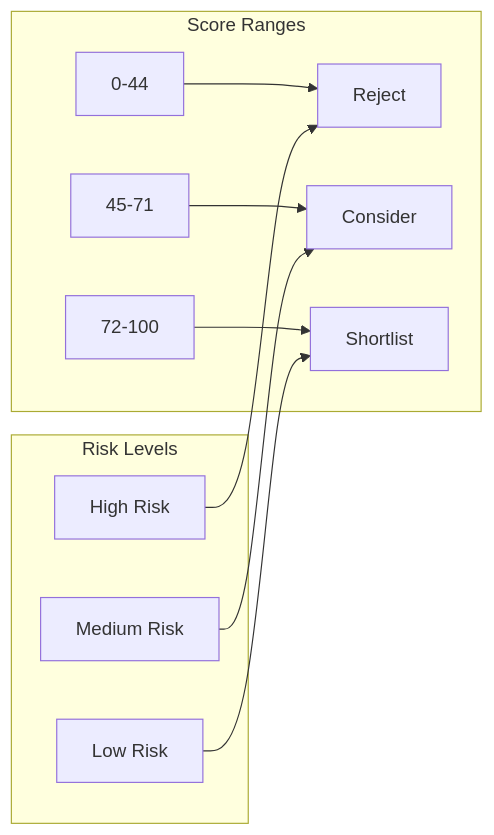
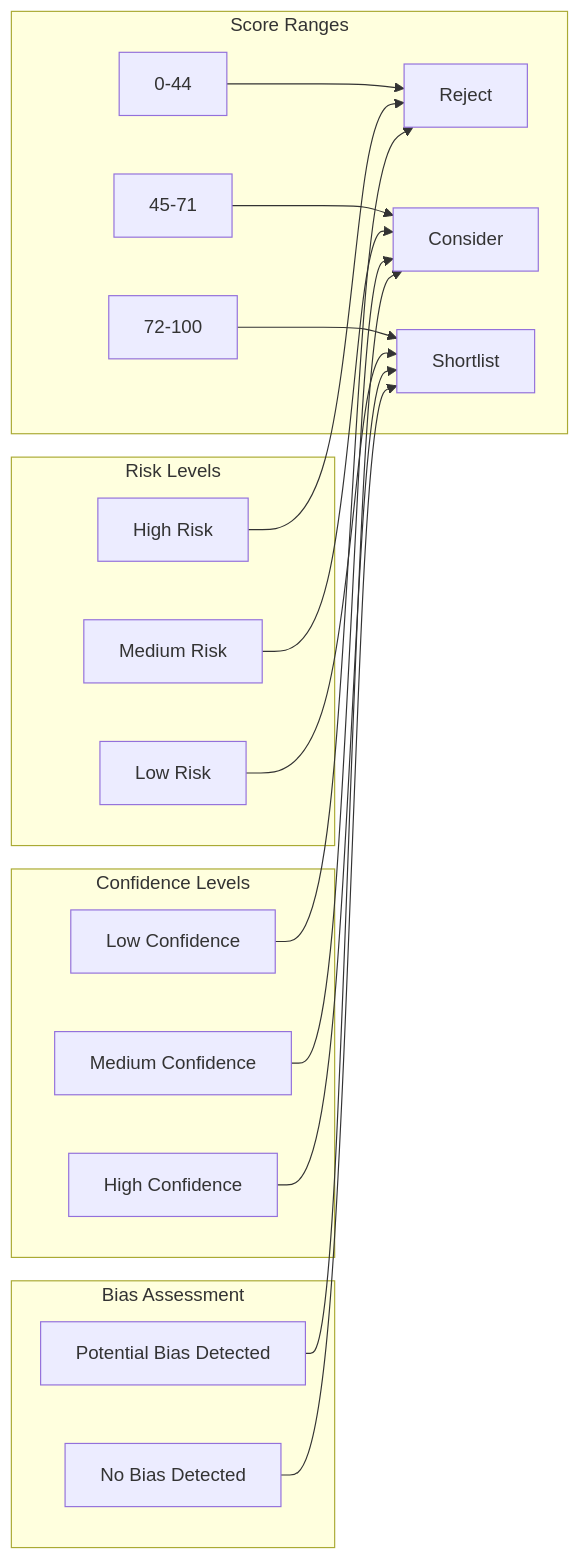
The eighth of 16 diagrams in .qoder/repowiki/en/content/Analysis Engine/Fit Scoring System.md (Revanththetalogics/aireume), drawn with Mermaid before and after one commit. The commit also changed other lines of this file and 14 other files, not shown here.

````diff
--- a/.qoder/repowiki/en/content/Analysis Engine/Fit Scoring System.md
+++ b/.qoder/repowiki/en/content/Analysis Engine/Fit Scoring System.md
@@ -248,13 +583,22 @@
 ```mermaid
 flowchart LR
 subgraph "Score Ranges"
 A[0-44] --> Reject["Reject"]
 B[45-71] --> Consider["Consider"]
 C[72-100] --> Shortlist["Shortlist"]
 end
 subgraph "Risk Levels"
 HighRisk["High Risk"] --> Reject
 MediumRisk["Medium Risk"] --> Consider
 LowRisk["Low Risk"] --> Shortlist
 end
+subgraph "Confidence Levels"
+HighConf["High Confidence"] --> Shortlist
+MediumConf["Medium Confidence"] --> Consider
+LowConf["Low Confidence"] --> Reject
+end
+subgraph "Bias Assessment"
+Biased["Potential Bias Detected"] --> Consider
+Unbiased["No Bias Detected"] --> Shortlist
+end
 ```
````
